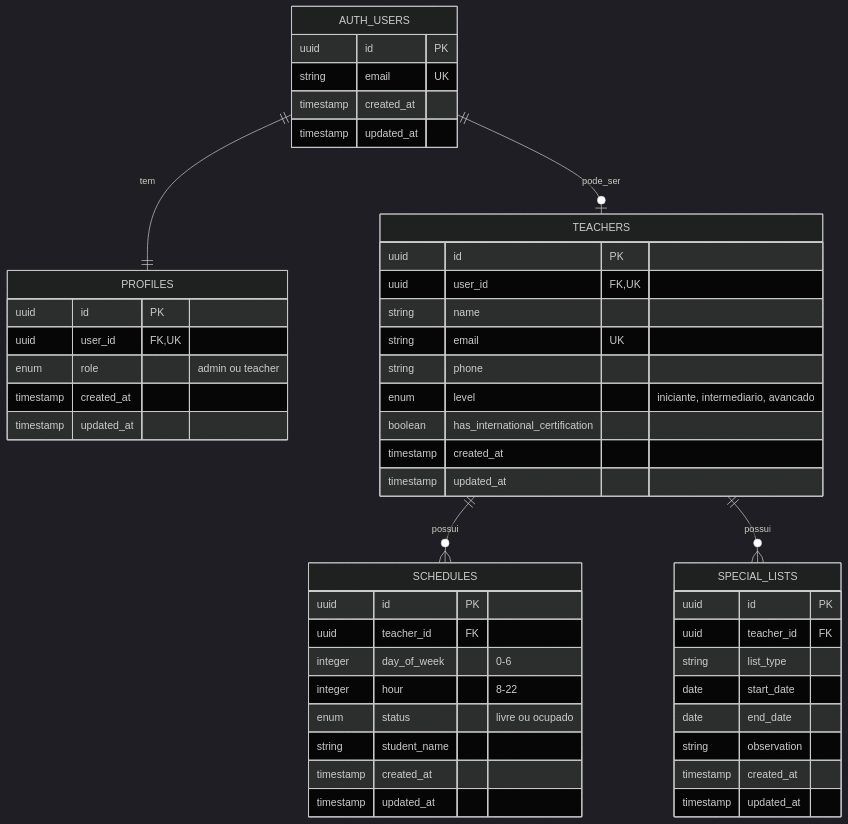
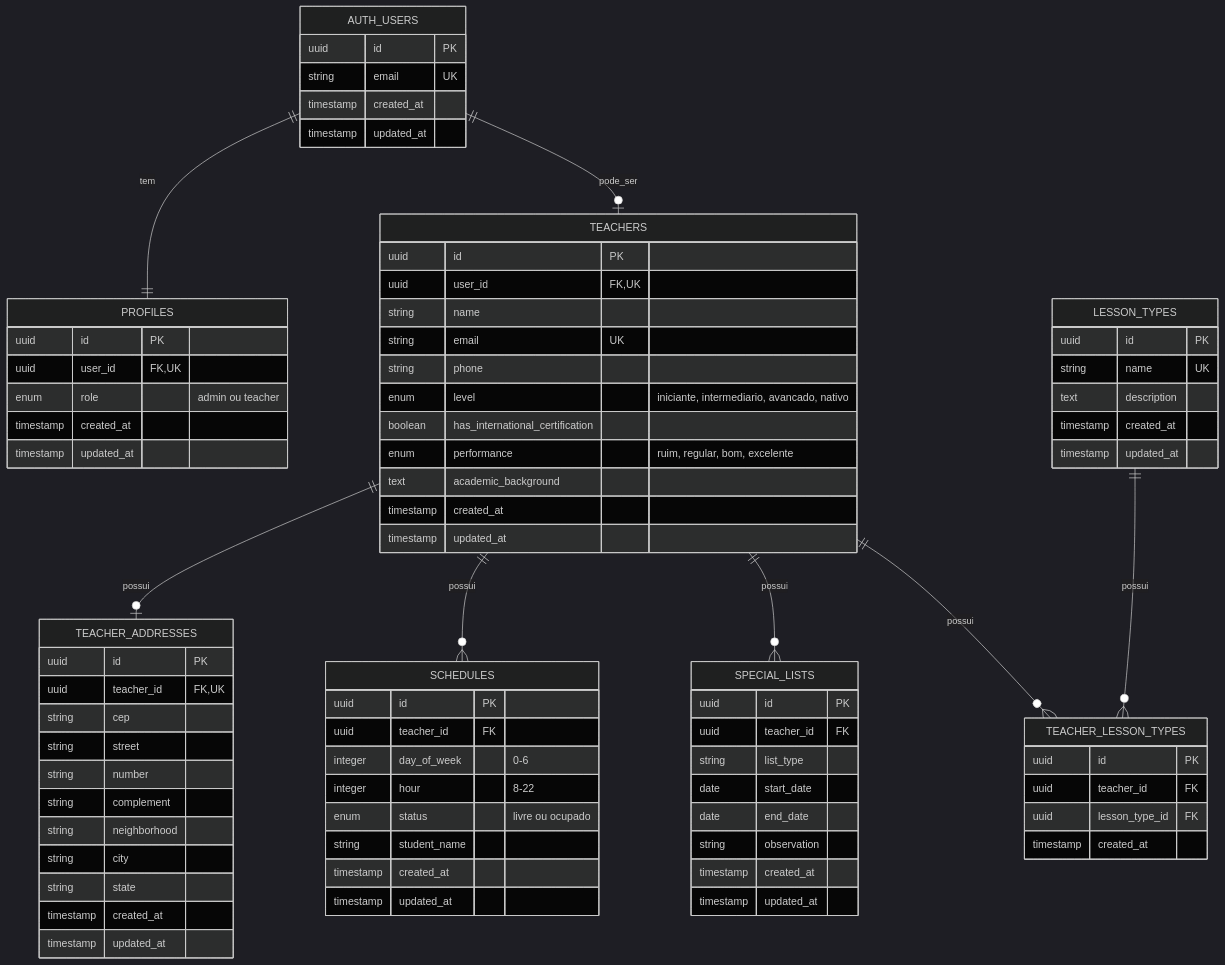
One commit to faelribeiro22/prof-flow-manager changed the first of 2 diagrams in docs/DATA_MODEL.md. Above: the diagram before and after it, drawn with Mermaid (dark theme). The commit also changed other lines of this file and 14 other files, not shown here.

```diff
--- a/docs/DATA_MODEL.md
+++ b/docs/DATA_MODEL.md
@@ -6,8 +6,11 @@
 erDiagram
     AUTH_USERS ||--|| PROFILES : tem
     AUTH_USERS ||--o| TEACHERS : pode_ser
+    TEACHERS ||--o| TEACHER_ADDRESSES : possui
     TEACHERS ||--o{ SCHEDULES : possui
     TEACHERS ||--o{ SPECIAL_LISTS : possui
+    TEACHERS ||--o{ TEACHER_LESSON_TYPES : possui
+    LESSON_TYPES ||--o{ TEACHER_LESSON_TYPES : possui
 
     AUTH_USERS {
         uuid id PK
@@ -30,10 +33,41 @@
         string name
         string email UK
         string phone
-        enum level "iniciante, intermediario, avancado"
+        enum level "iniciante, intermediario, avancado, nativo"
         boolean has_international_certification
+        enum performance "ruim, regular, bom, excelente"
+        text academic_background
         timestamp created_at
         timestamp updated_at
+    }
+
+    TEACHER_ADDRESSES {
+        uuid id PK
+        uuid teacher_id FK,UK
+        string cep
+        string street
+        string number
+        string complement
+        string neighborhood
+        string city
+        string state
+        timestamp created_at
+        timestamp updated_at
+    }
+
+    LESSON_TYPES {
+        uuid id PK
+        string name UK
+        text description
+        timestamp created_at
+        timestamp updated_at
+    }
+
+    TEACHER_LESSON_TYPES {
+        uuid id PK
+        uuid teacher_id FK
+        uuid lesson_type_id FK
+        timestamp created_at
     }
 
     SCHEDULES {
```
